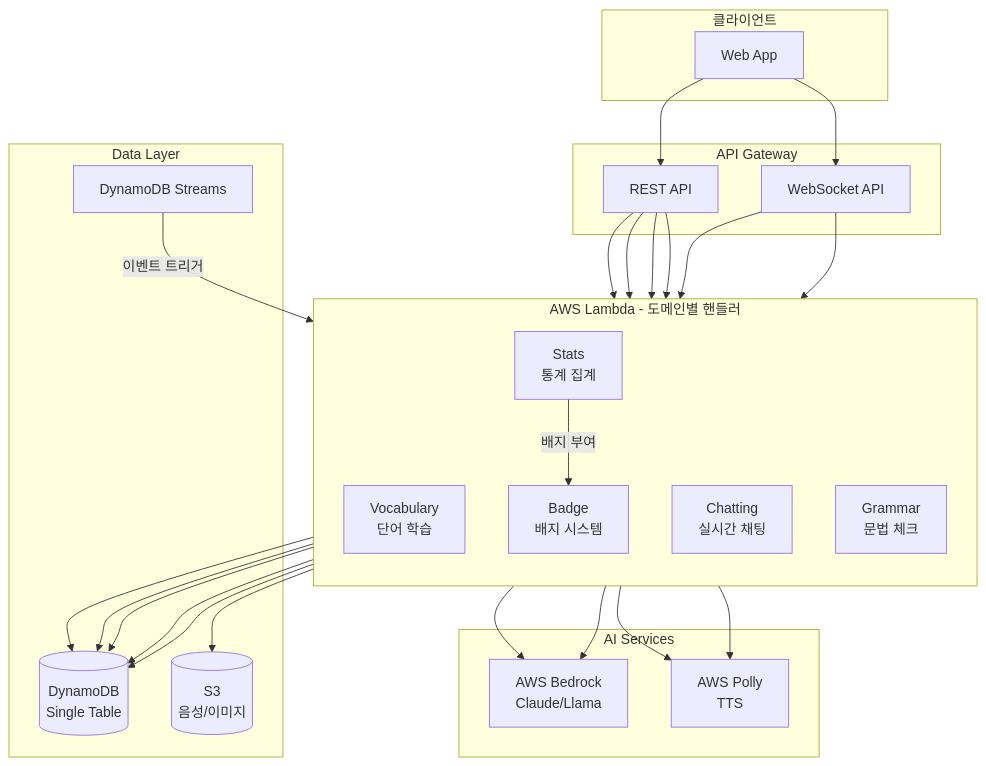
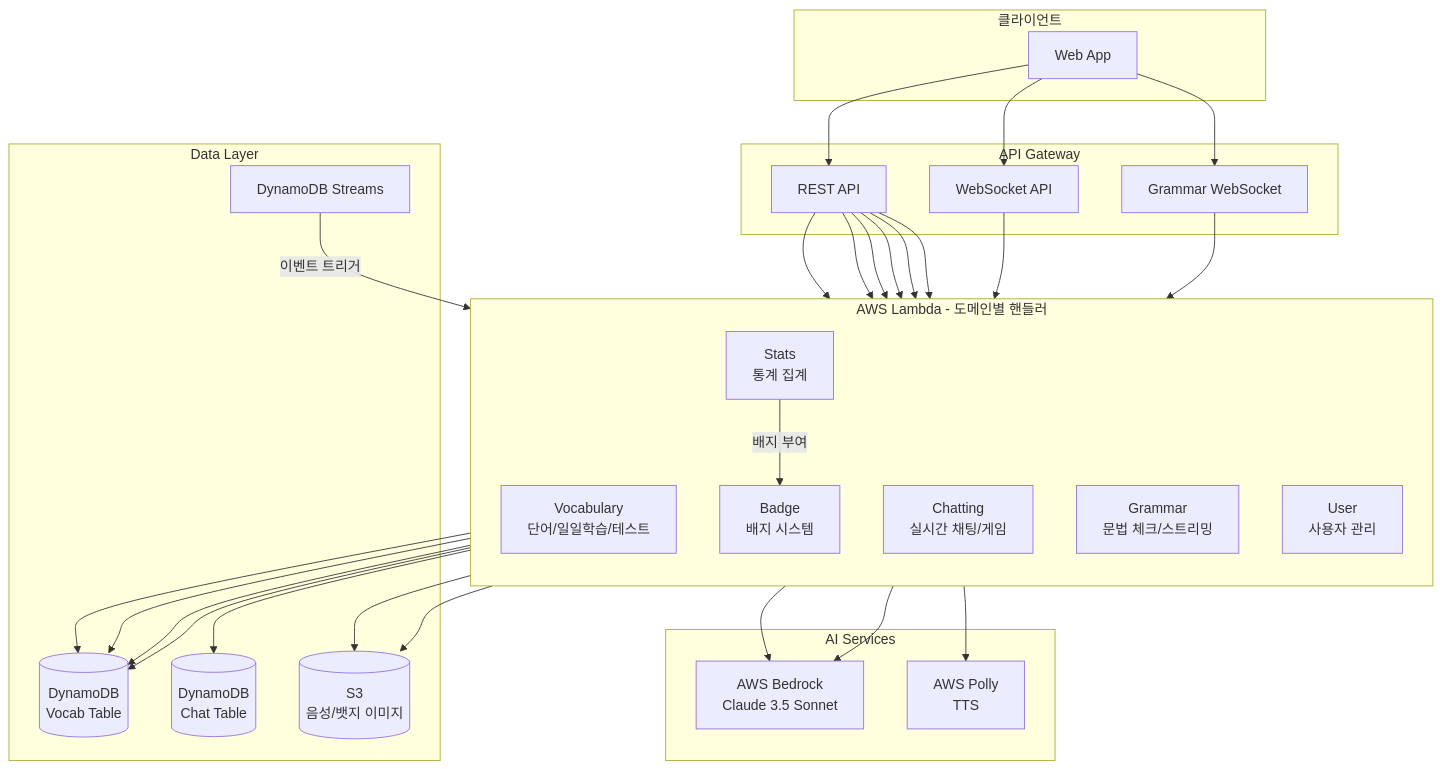
The first of 8 diagrams in docs/MIDTERM-REPORT.md (Language-Study-Prooject/BE_Repository), drawn with Mermaid before and after one commit. The commit also changed other lines of this file, not shown here.

````diff
--- a/docs/MIDTERM-REPORT.md
+++ b/docs/MIDTERM-REPORT.md
@@ -15,55 +16,58 @@
 ```mermaid
 flowchart TB
     subgraph Client["클라이언트"]
         WEB[Web App]
     end
 
     subgraph Gateway["API Gateway"]
         REST[REST API]
         WS[WebSocket API]
+        GRAMMAR_WS[Grammar WebSocket]
     end
 
     subgraph Lambda["AWS Lambda - 도메인별 핸들러"]
         direction TB
-        VOCAB[Vocabulary<br/>단어 학습]
-        CHAT[Chatting<br/>실시간 채팅]
-        GRAMMAR[Grammar<br/>문법 체크]
+        VOCAB[Vocabulary<br/>단어/일일학습/테스트]
+        CHAT[Chatting<br/>실시간 채팅/게임]
+        GRAMMAR[Grammar<br/>문법 체크/스트리밍]
         STATS[Stats<br/>통계 집계]
         BADGE[Badge<br/>배지 시스템]
+        USER[User<br/>사용자 관리]
     end
 
     subgraph AI["AI Services"]
-        BEDROCK[AWS Bedrock<br/>Claude/Llama]
+        BEDROCK[AWS Bedrock<br/>Claude 3.5 Sonnet]
         POLLY[AWS Polly<br/>TTS]
     end
 
     subgraph Data["Data Layer"]
-        DYNAMO[(DynamoDB<br/>Single Table)]
-        S3[(S3<br/>음성/이미지)]
+        DYNAMO_VOCAB[(DynamoDB<br/>Vocab Table)]
+        DYNAMO_CHAT[(DynamoDB<br/>Chat Table)]
+        S3[(S3<br/>음성/뱃지 이미지)]
         STREAMS[DynamoDB Streams]
     end
 
     WEB --> REST
     WEB --> WS
-
+    WEB --> GRAMMAR_WS
     REST --> VOCAB
     REST --> CHAT
     REST --> GRAMMAR
     REST --> BADGE
+    REST --> STATS
+    REST --> USER
     WS --> CHAT
-    WS --> GRAMMAR
-
-    VOCAB --> DYNAMO
+    GRAMMAR_WS --> GRAMMAR
+    VOCAB --> DYNAMO_VOCAB
     VOCAB --> POLLY
     VOCAB --> S3
-    CHAT --> DYNAMO
+    CHAT --> DYNAMO_CHAT
     CHAT --> BEDROCK
-    CHAT --> POLLY
-    GRAMMAR --> DYNAMO
+    GRAMMAR --> DYNAMO_VOCAB
     GRAMMAR --> BEDROCK
-    STATS --> DYNAMO
-    BADGE --> DYNAMO
-
+    STATS --> DYNAMO_VOCAB
+    BADGE --> DYNAMO_VOCAB
+    BADGE --> S3
     STREAMS -->|이벤트 트리거| STATS
     STATS -->|배지 부여| BADGE
 ```
````
